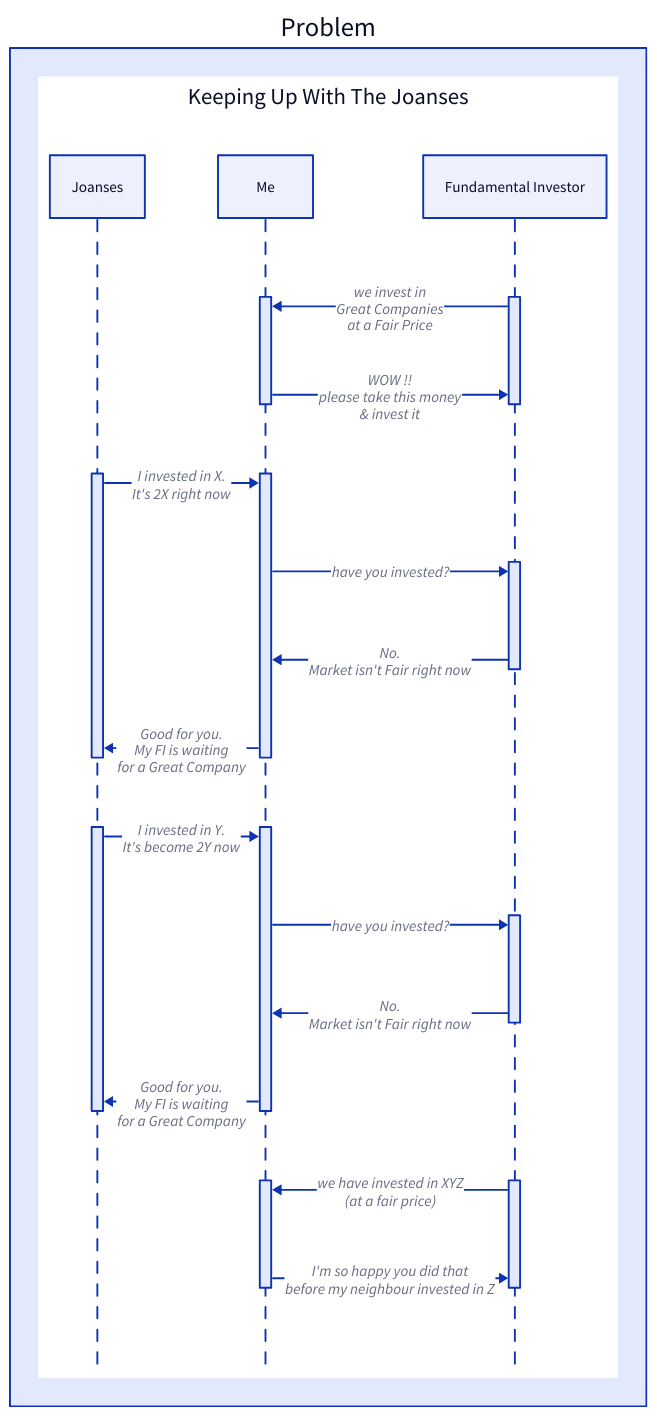
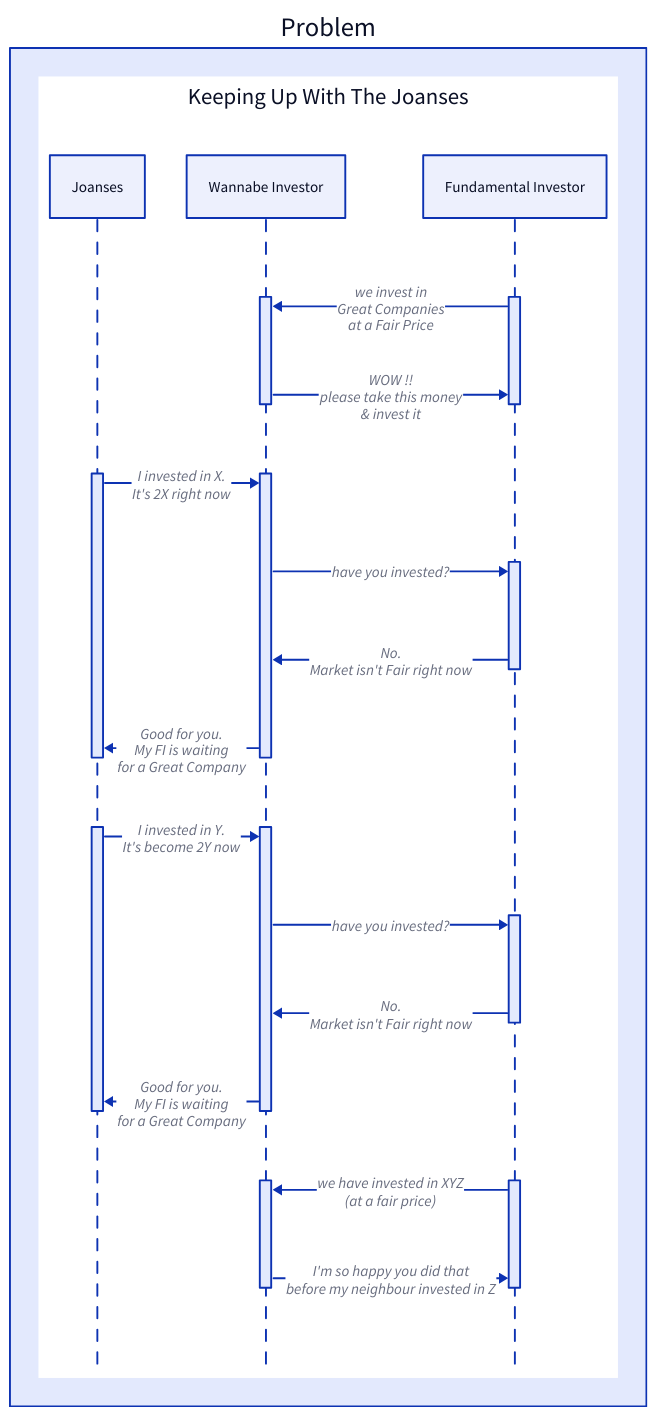
The diagram in report/images/m3__FI__problem_1.d2 (wqustudent/madoff), drawn with D2 before and after one commit. The commit also changed 7 other files, not shown here.

```diff
--- a/report/images/m3__FI__problem_1.d2
+++ b/report/images/m3__FI__problem_1.d2
@@ -1,27 +1,27 @@
 direction: right
 Problem: {
 
   problem: Keeping Up With The Joanses {
     shape: sequence_diagram
     js: Joanses
-    me: Me
+    me: Wannabe Investor
     fi: Fundamental Investor
 
     fi.entry -> me.entry: we invest in\nGreat Companies\nat a Fair Price
     me.entry -> fi.entry: WOW !!\nplease take this money\n& invest it
 
     js.wait -> me.wait: I invested in X.\nIt's 2X right now
     me.wait -> fi.wait: have you invested?
     fi.wait -> me.wait: No.\nMarket isn't Fair right now
     me.wait -> js.wait: Good for you.\nMy FI is waiting\nfor a Great Company
 
     js.waitt -> me.waitt: I invested in Y.\nIt's become 2Y now
     me.waitt -> fi.waitt: have you invested?
     fi.waitt -> me.waitt: No.\nMarket isn't Fair right now
     me.waitt -> js.waitt: Good for you.\nMy FI is waiting\nfor a Great Company
 
     fi.invested -> me.invested: we have invested in XYZ\n(at a fair price)
     me.invested -> fi.invested: I'm so happy you did that\nbefore my neighbour invested in Z
 
   }
 }
```
